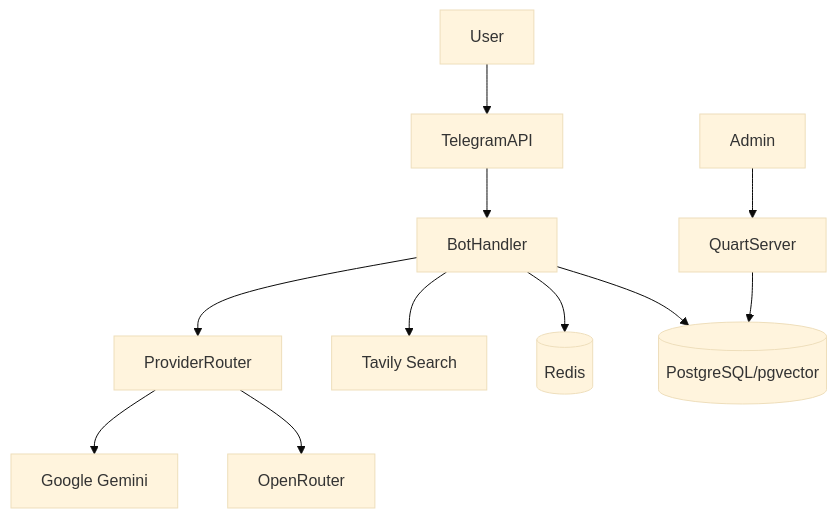
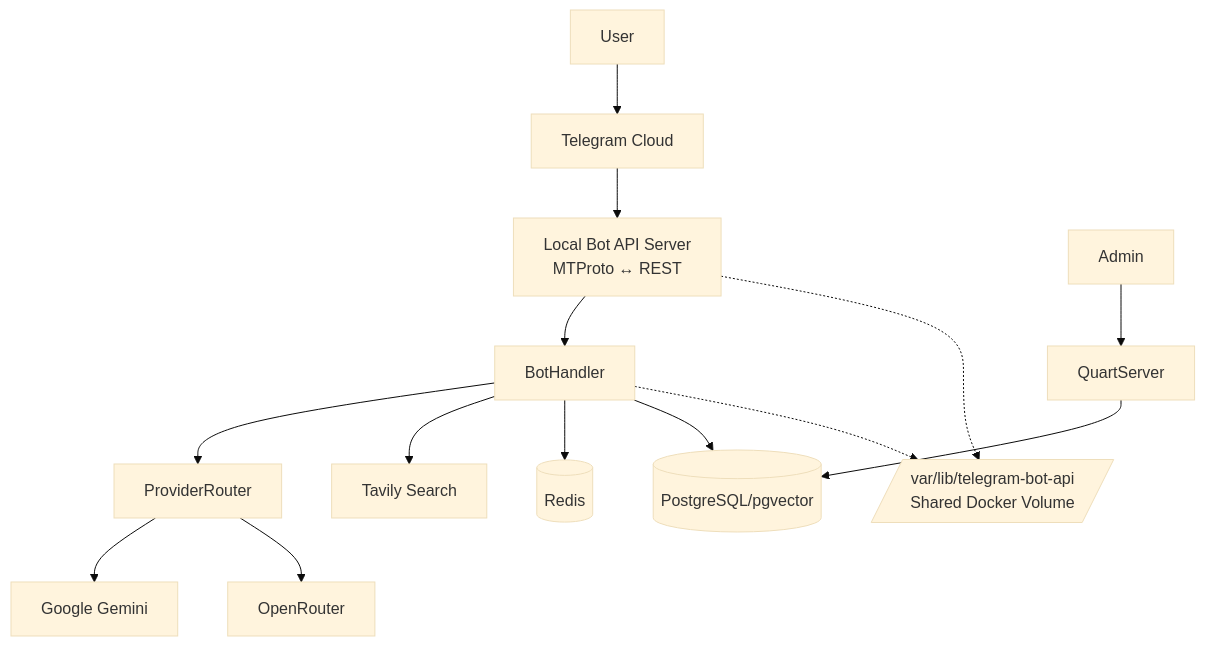
The diagram in README.md (Le-Who/Bobby-Botique), drawn with Mermaid (base theme) before and after one commit. The commit also changed other lines of this file and 11 other files, not shown here.

First line of the commit message:
feat: migrate to Local Telegram Bot API Server (v2.10.0)

````diff
--- a/README.md
+++ b/README.md
@@ -76,16 +77,20 @@
 ```mermaid
 graph TD;
-    User-->TelegramAPI;
-    TelegramAPI-->BotHandler;
+    User-->TelegramCloud[Telegram Cloud];
+    TelegramCloud-->LocalAPI[Local Bot API Server<br/>MTProto ↔ REST];
+    LocalAPI-->BotHandler;
     Admin-->QuartServer;
 
     BotHandler-->ProviderRouter;
     ProviderRouter-->Gemini[Google Gemini];
     ProviderRouter-->OpenRouter[OpenRouter];
 
     BotHandler-->Tavily[Tavily Search];
 
     BotHandler-->Cache[(Redis)];
     BotHandler-->DB[(PostgreSQL/pgvector)];
     QuartServer-->DB;
+
+    LocalAPI-.->SharedVolume[/var/lib/telegram-bot-api<br/>Shared Docker Volume/];
+    BotHandler-.->SharedVolume;
 ```
````
